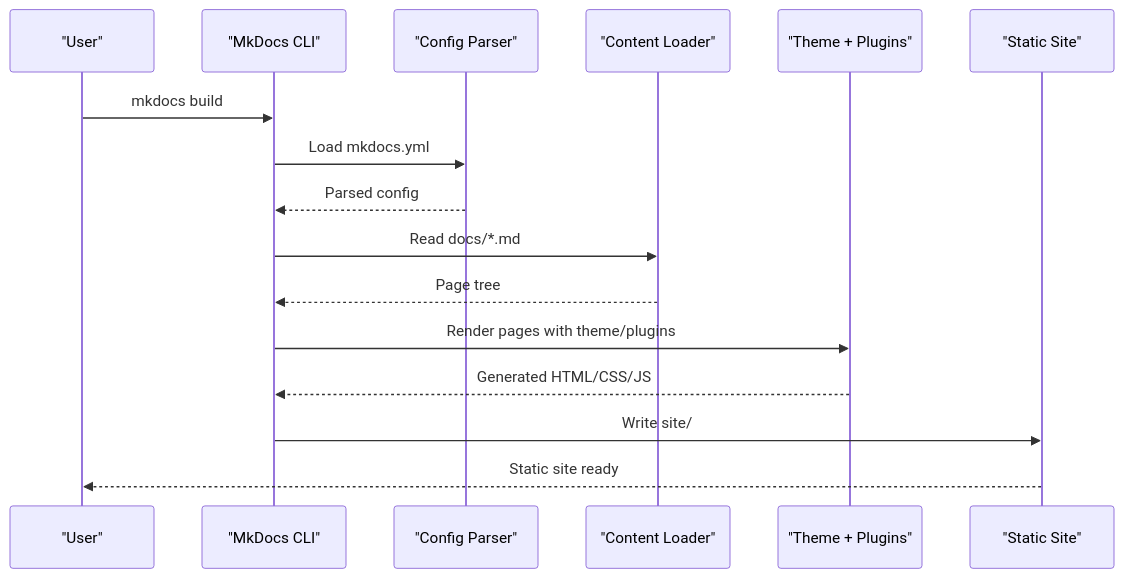
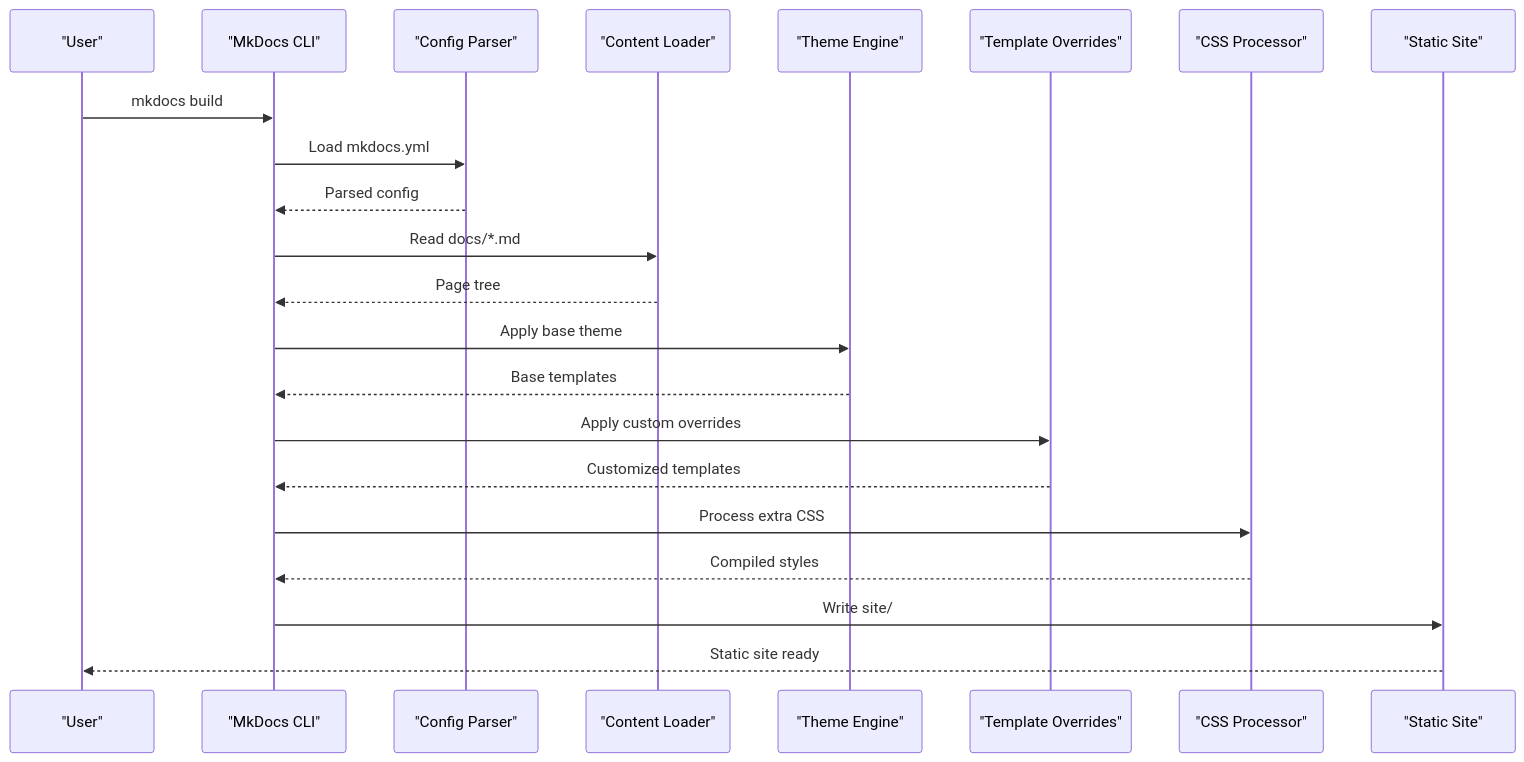
Before and after one commit to UltraOptiMega/UltraOptiMega.github.io: the second of 3 diagrams in .qoder/repowiki/en/content/Configuration Guide.md, drawn with Mermaid. The commit also changed other lines of this file and 6 other files, not shown here.

````diff
--- a/.qoder/repowiki/en/content/Configuration Guide.md
+++ b/.qoder/repowiki/en/content/Configuration Guide.md
@@ -60,18 +96,24 @@
 ```mermaid
 sequenceDiagram
 participant User as "User"
 participant CLI as "MkDocs CLI"
 participant Parser as "Config Parser"
 participant Loader as "Content Loader"
-participant Renderer as "Theme + Plugins"
+participant Theme as "Theme Engine"
+participant Overrides as "Template Overrides"
+participant CSS as "CSS Processor"
 participant Output as "Static Site"
 User->>CLI : mkdocs build
 CLI->>Parser : Load mkdocs.yml
 Parser-->>CLI : Parsed config
 CLI->>Loader : Read docs/*.md
 Loader-->>CLI : Page tree
-CLI->>Renderer : Render pages with theme/plugins
-Renderer-->>CLI : Generated HTML/CSS/JS
+CLI->>Theme : Apply base theme
+Theme-->>CLI : Base templates
+CLI->>Overrides : Apply custom overrides
+Overrides-->>CLI : Customized templates
+CLI->>CSS : Process extra CSS
+CSS-->>CLI : Compiled styles
 CLI->>Output : Write site/
 Output-->>User : Static site ready
 ```
````
